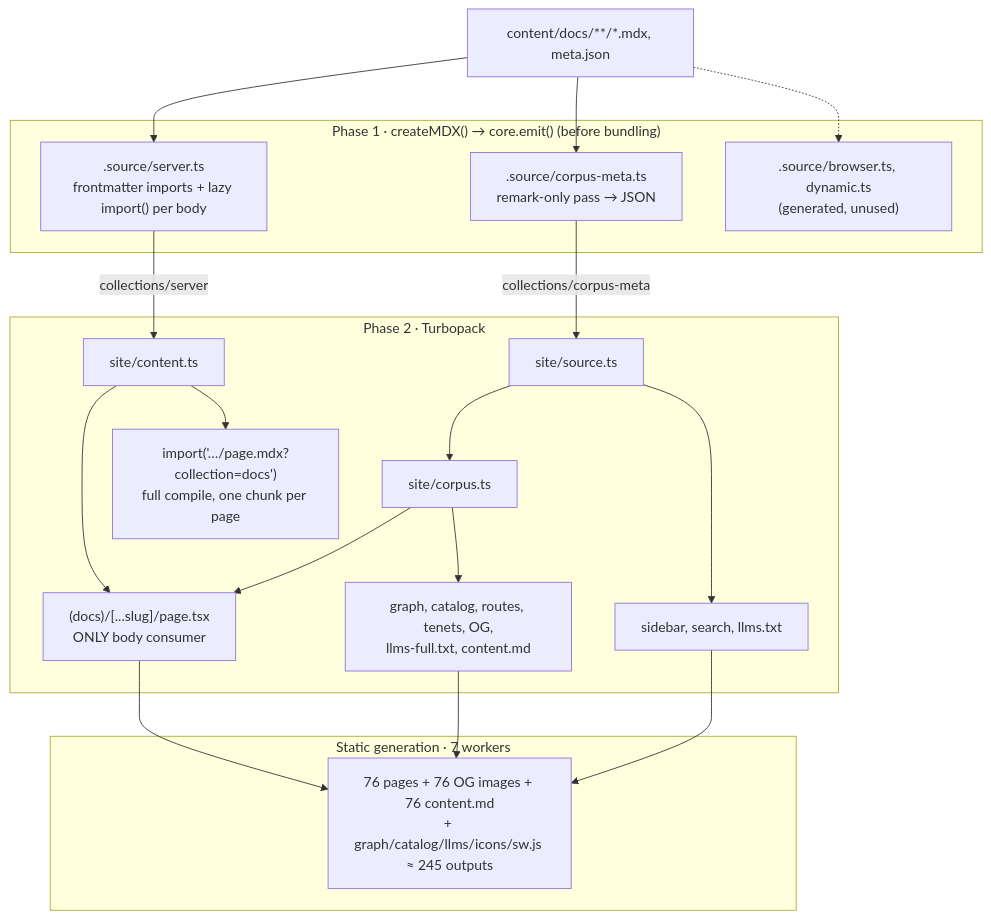
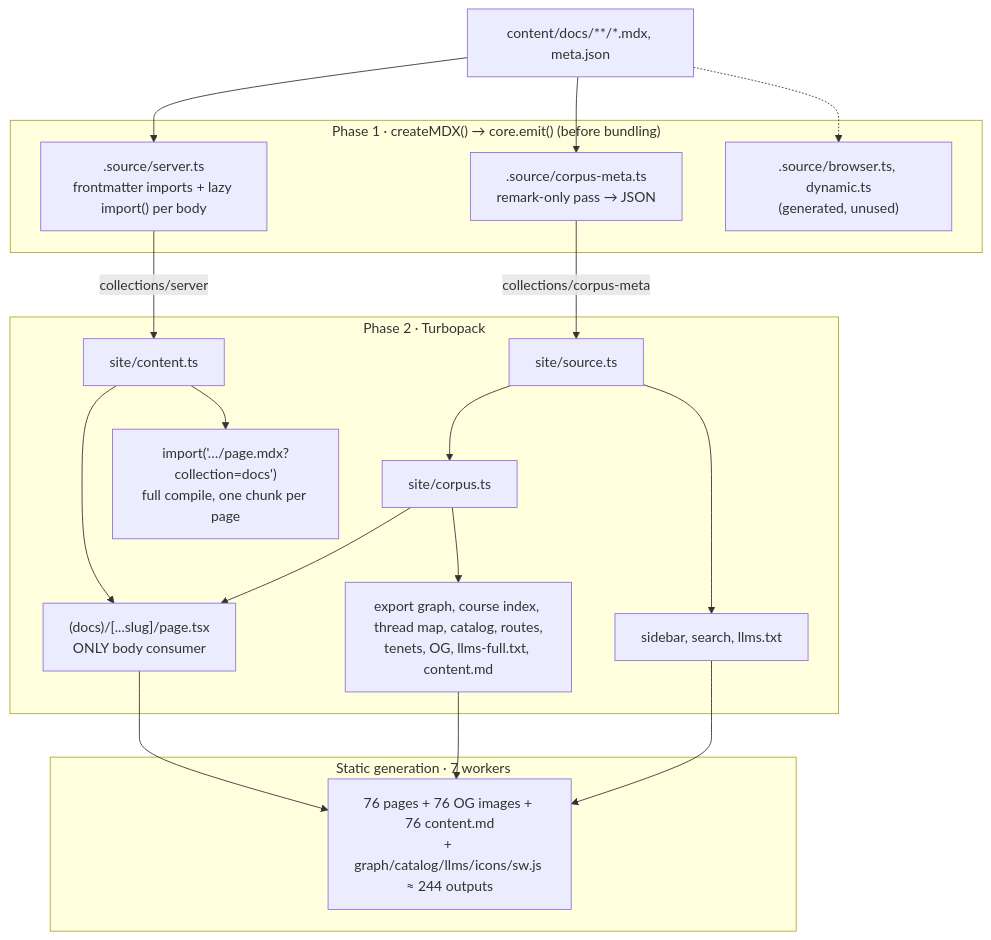
One commit to kevinnhou/MATH1251 changed the diagram in COMPILE.md. Above: the diagram before and after it, drawn with Mermaid. The commit also changed other lines of this file and 123 other files, not shown here.

First line of the commit message:
feat: consolidate graph module (#4)

````diff
--- a/COMPILE.md
+++ b/COMPILE.md
@@ -18,39 +18,39 @@
 ```mermaid
 flowchart TD
     src["content/docs/**/*.mdx, meta.json"]
 
     subgraph P1["Phase 1 · createMDX() → core.emit() (before bundling)"]
         meta[".source/corpus-meta.ts<br/>remark-only pass → JSON"]
         server[".source/server.ts<br/>frontmatter imports + lazy import() per body"]
         unused[".source/browser.ts, dynamic.ts<br/>(generated, unused)"]
     end
 
     subgraph P2["Phase 2 · Turbopack"]
         source["site/source.ts"]
         corpus["site/corpus.ts"]
         content["site/content.ts"]
         chunks["import('…/page.mdx?collection=docs')<br/>full compile, one chunk per page"]
         light["sidebar, search, llms.txt"]
-        derived["graph, catalog, routes, tenets, OG,<br/>llms-full.txt, content.md"]
+        derived["export graph, course index, thread map, catalog, routes,<br/>tenets, OG, llms-full.txt, content.md"]
         page["(docs)/[...slug]/page.tsx<br/>ONLY body consumer"]
     end
 
     subgraph P3["Static generation · 7 workers"]
-        out["76 pages + 76 OG images + 76 content.md<br/>+ graph/catalog/llms/icons/sw.js ≈ 245 outputs"]
+        out["76 pages + 76 OG images + 76 content.md<br/>+ graph/catalog/llms/icons/sw.js ≈ 244 outputs"]
     end
 
     src --> meta
     src --> server
     src -.-> unused
     meta -- "collections/corpus-meta" --> source
     source --> corpus
     source --> light
     corpus --> derived
     corpus --> page
     server -- "collections/server" --> content
     content --> page
     content --> chunks
     light --> out
     derived --> out
     page --> out
 ```
````
